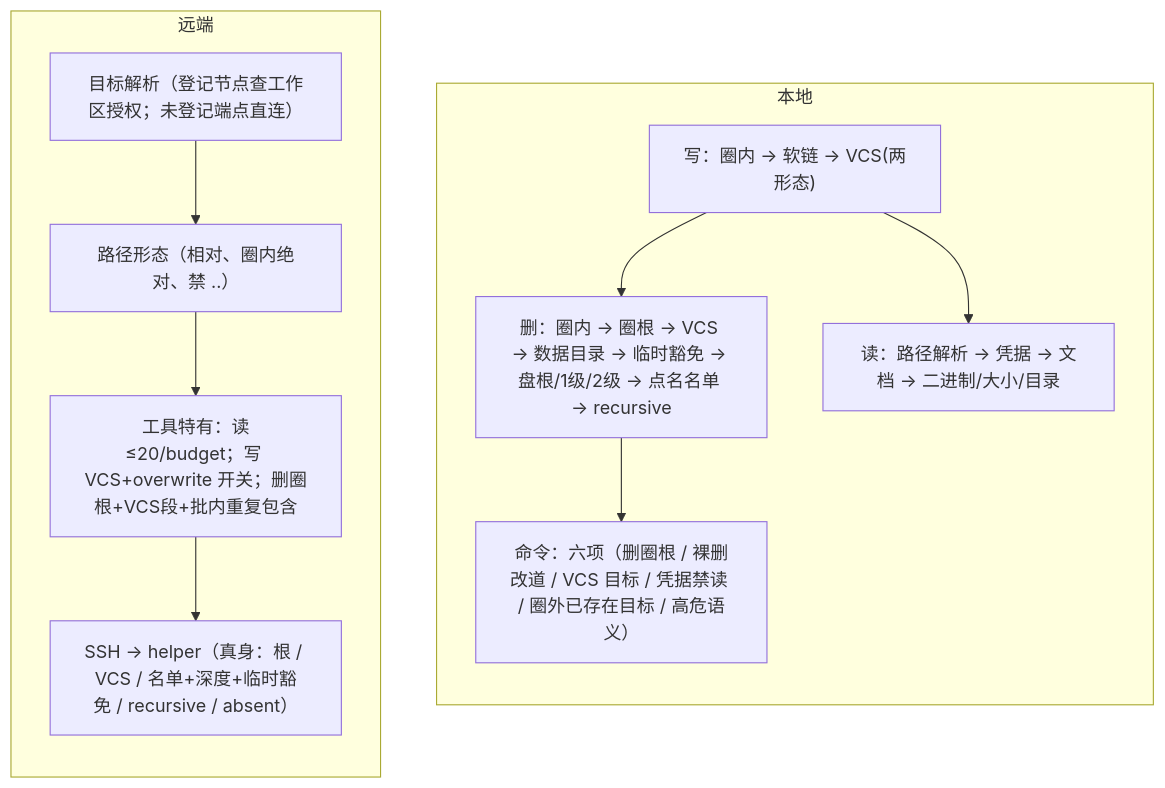
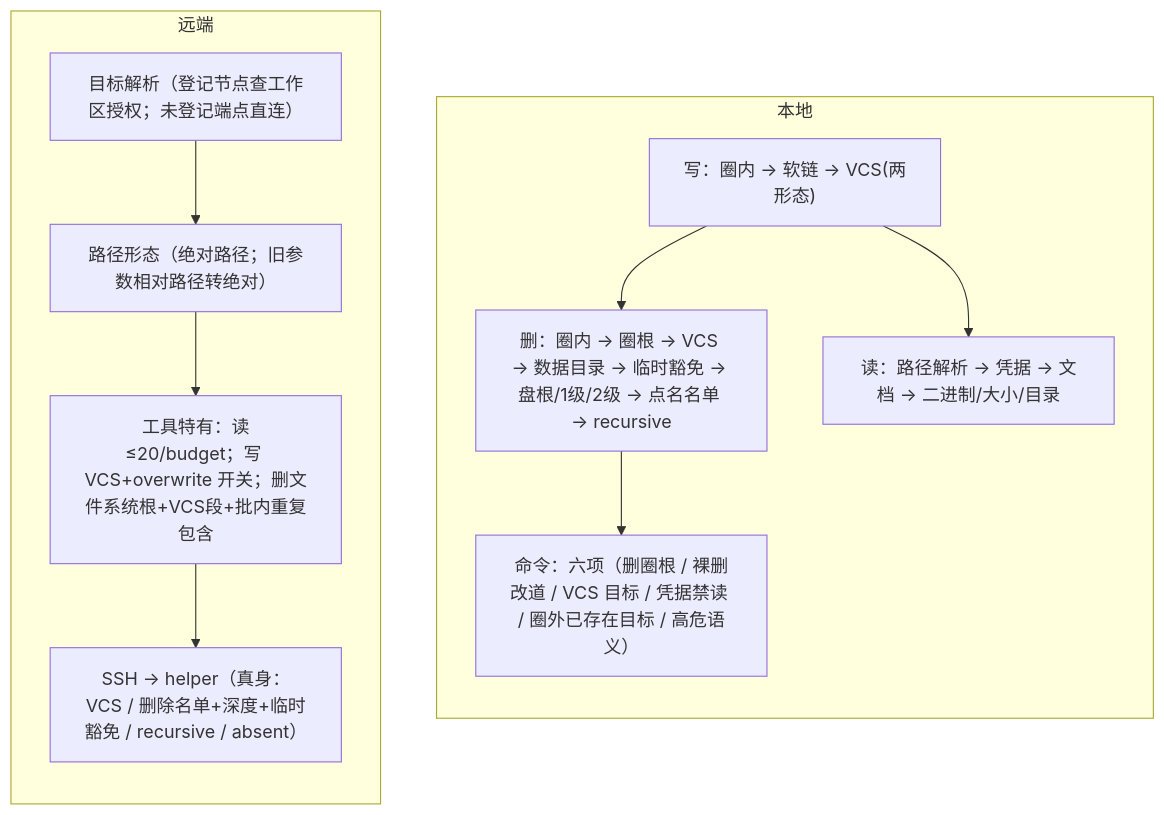
The diagram in docs/safety-fence.md (Bronya0/ally-agent), drawn with Mermaid before and after one commit. The commit also changed other lines of this file and 57 other files, not shown here.

````diff
--- a/docs/safety-fence.md
+++ b/docs/safety-fence.md
@@ -23,15 +23,15 @@
 ```mermaid
 flowchart TB
   subgraph L["本地"]
     direction TB
     L1["写：圈内 → 软链 → VCS(两形态)"]:::core --> L2["删：圈内 → 圈根 → VCS → 数据目录 → 临时豁免 → 盘根/1级/2级 → 点名名单 → recursive"]:::ev
     L2 --> L3["命令：六项（删圈根 / 裸删改道 / VCS 目标 / 凭据禁读 / 圈外已存在目标 / 高危语义）"]:::exec
     L1 --> L4["读：路径解析 → 凭据 → 文档 → 二进制/大小/目录"]:::prov
   end
   subgraph R["远端"]
     direction TB
-    R1["目标解析（登记节点查工作区授权；未登记端点直连）"]:::llm --> R2["路径形态（相对、圈内绝对、禁 ..）"]:::core
-    R2 --> R3["工具特有：读≤20/budget；写 VCS+overwrite 开关；删圈根+VCS段+批内重复包含"]:::ev
-    R3 --> R4["SSH → helper（真身：根 / VCS / 名单+深度+临时豁免 / recursive / absent）"]:::risk
+    R1["目标解析（登记节点查工作区授权；未登记端点直连）"]:::llm --> R2["路径形态（绝对路径；旧参数相对路径转绝对）"]:::core
+    R2 --> R3["工具特有：读≤20/budget；写 VCS+overwrite 开关；删文件系统根+VCS段+批内重复包含"]:::ev
+    R3 --> R4["SSH → helper（真身：VCS / 删除名单+深度+临时豁免 / recursive / absent）"]:::risk
   end
 ```
````
